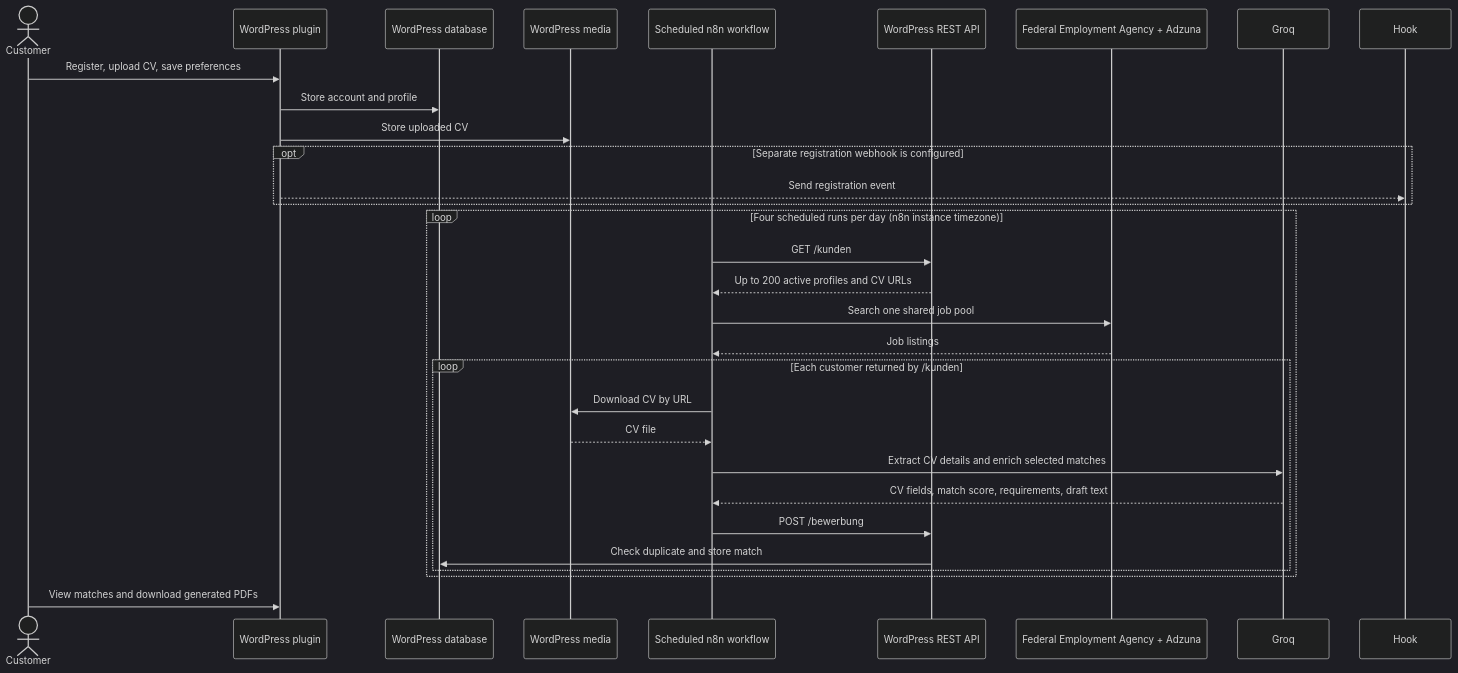
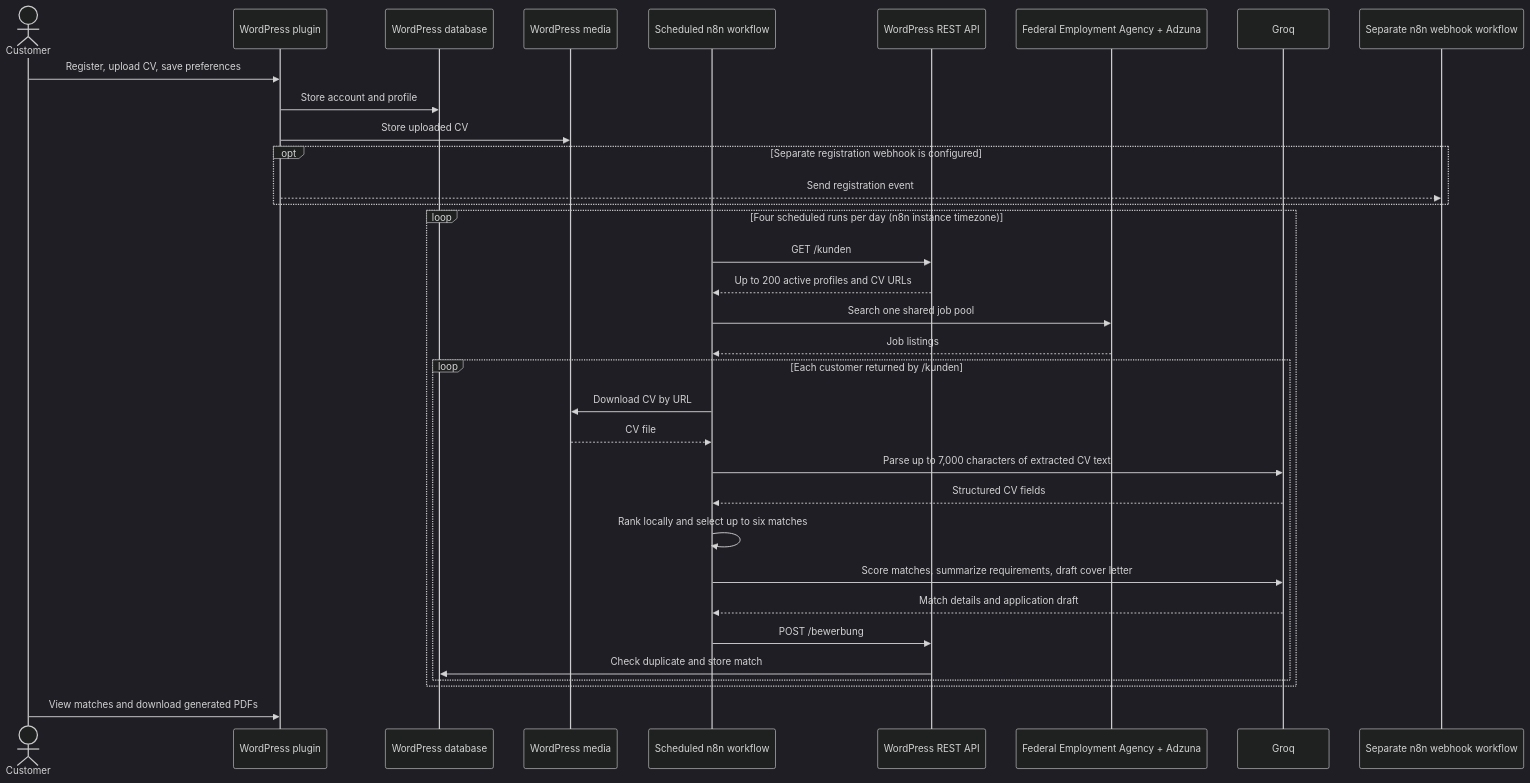
One commit to 3mothman/auto-job-search changed the second of 3 diagrams in ARCHITECTURE.md. Above: the diagram before and after it, drawn with Mermaid (dark theme). The commit also changed other lines of this file, not shown here.

````diff
--- a/ARCHITECTURE.md
+++ b/ARCHITECTURE.md
@@ -45,37 +45,41 @@
 ```mermaid
 sequenceDiagram
     actor Customer
     participant WP as WordPress plugin
     participant DB as WordPress database
     participant Media as WordPress media
     participant N8N as Scheduled n8n workflow
     participant REST as WordPress REST API
     participant Jobs as Federal Employment Agency + Adzuna
     participant Groq
+    participant Hook as Separate n8n webhook workflow
 
     Customer->>WP: Register, upload CV, save preferences
     WP->>DB: Store account and profile
     WP->>Media: Store uploaded CV
 
     opt Separate registration webhook is configured
         WP-->>Hook: Send registration event
     end
 
     loop Four scheduled runs per day (n8n instance timezone)
         N8N->>REST: GET /kunden
         REST-->>N8N: Up to 200 active profiles and CV URLs
         N8N->>Jobs: Search one shared job pool
         Jobs-->>N8N: Job listings
 
         loop Each customer returned by /kunden
             N8N->>Media: Download CV by URL
             Media-->>N8N: CV file
-            N8N->>Groq: Extract CV details and enrich selected matches
-            Groq-->>N8N: CV fields, match score, requirements, draft text
+            N8N->>Groq: Parse up to 7,000 characters of extracted CV text
+            Groq-->>N8N: Structured CV fields
+            N8N->>N8N: Rank locally and select up to six matches
+            N8N->>Groq: Score matches, summarize requirements, draft cover letter
+            Groq-->>N8N: Match details and application draft
             N8N->>REST: POST /bewerbung
             REST->>DB: Check duplicate and store match
         end
     end
 
     Customer->>WP: View matches and download generated PDFs
 ```
````
